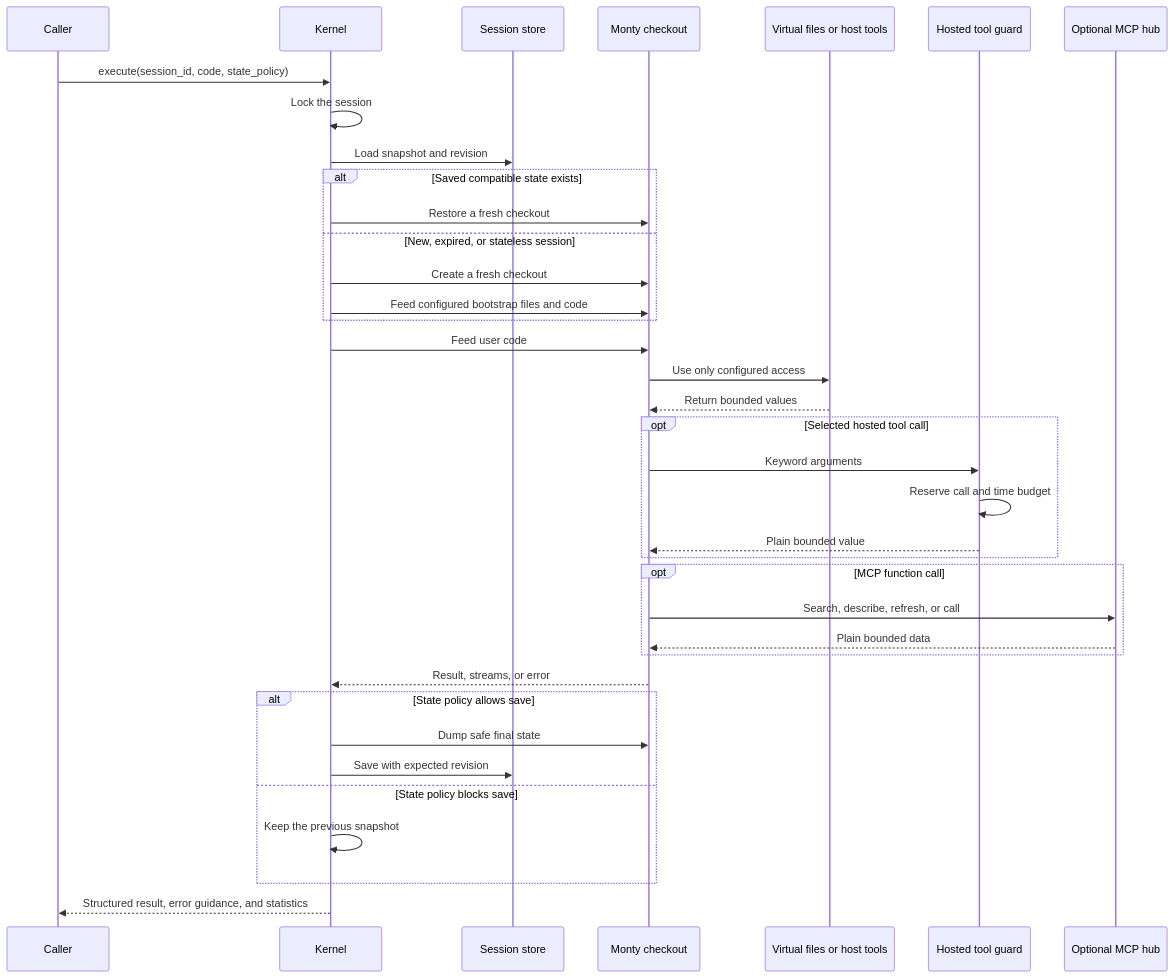
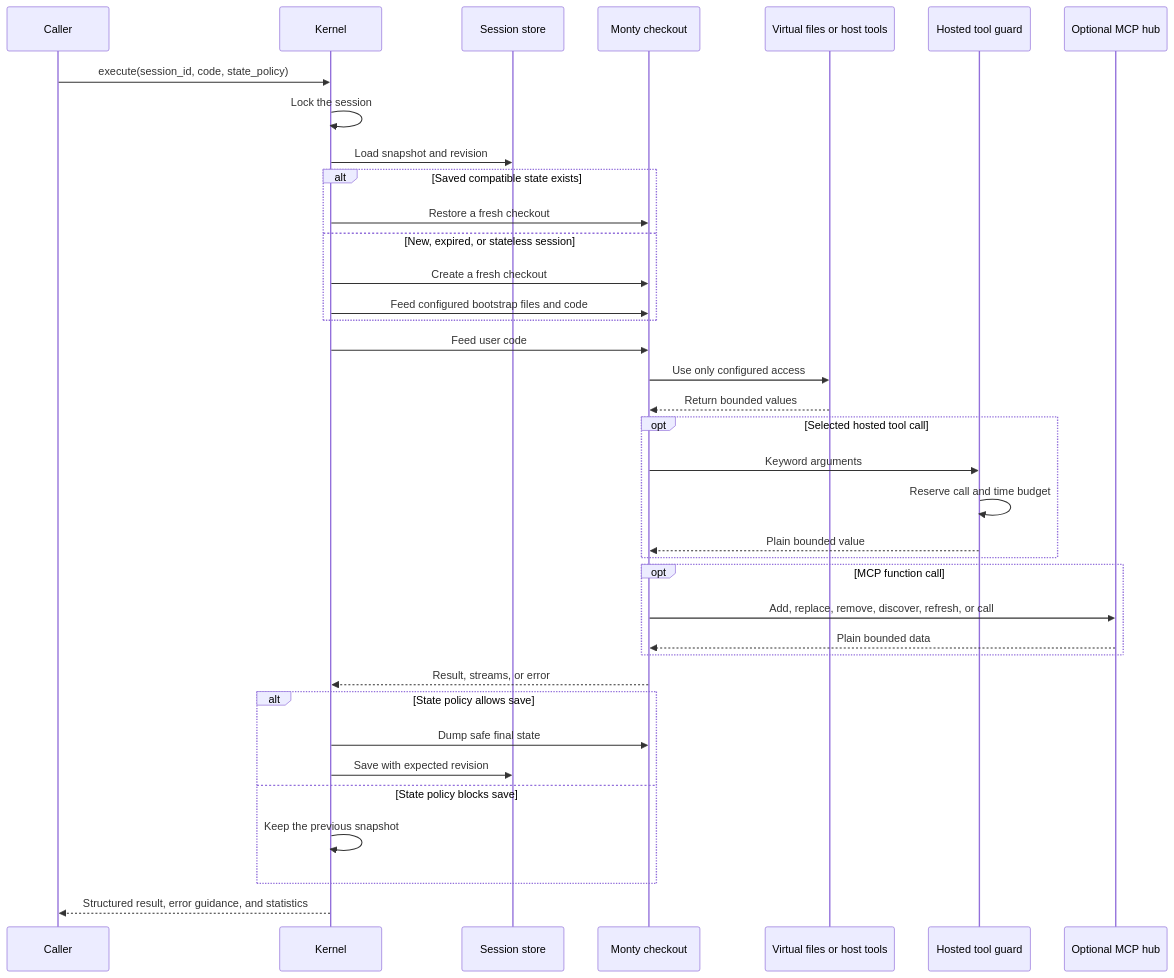
One commit to sgaseretto/arenero changed the second of 6 diagrams in docs/architecture.md. Above: the diagram before and after it, drawn with Mermaid. The commit also changed other lines of this file and 18 other files, not shown here.

````diff
--- a/docs/architecture.md
+++ b/docs/architecture.md
@@ -124,40 +132,40 @@
 ```mermaid
 sequenceDiagram
     participant C as Caller
     participant K as Kernel
     participant S as Session store
     participant M as Monty checkout
     participant F as Virtual files or host tools
     participant T as Hosted tool guard
     participant H as Optional MCP hub
 
     C->>K: execute(session_id, code, state_policy)
     K->>K: Lock the session
     K->>S: Load snapshot and revision
     alt Saved compatible state exists
         K->>M: Restore a fresh checkout
     else New, expired, or stateless session
         K->>M: Create a fresh checkout
         K->>M: Feed configured bootstrap files and code
     end
     K->>M: Feed user code
     M->>F: Use only configured access
     F-->>M: Return bounded values
     opt Selected hosted tool call
         M->>T: Keyword arguments
         T->>T: Reserve call and time budget
         T-->>M: Plain bounded value
     end
     opt MCP function call
-        M->>H: Search, describe, refresh, or call
+        M->>H: Add, replace, remove, discover, refresh, or call
         H-->>M: Plain bounded data
     end
     M-->>K: Result, streams, or error
     alt State policy allows save
         K->>M: Dump safe final state
         K->>S: Save with expected revision
     else State policy blocks save
         K->>K: Keep the previous snapshot
     end
     K-->>C: Structured result, error guidance, and statistics
 ```
````
